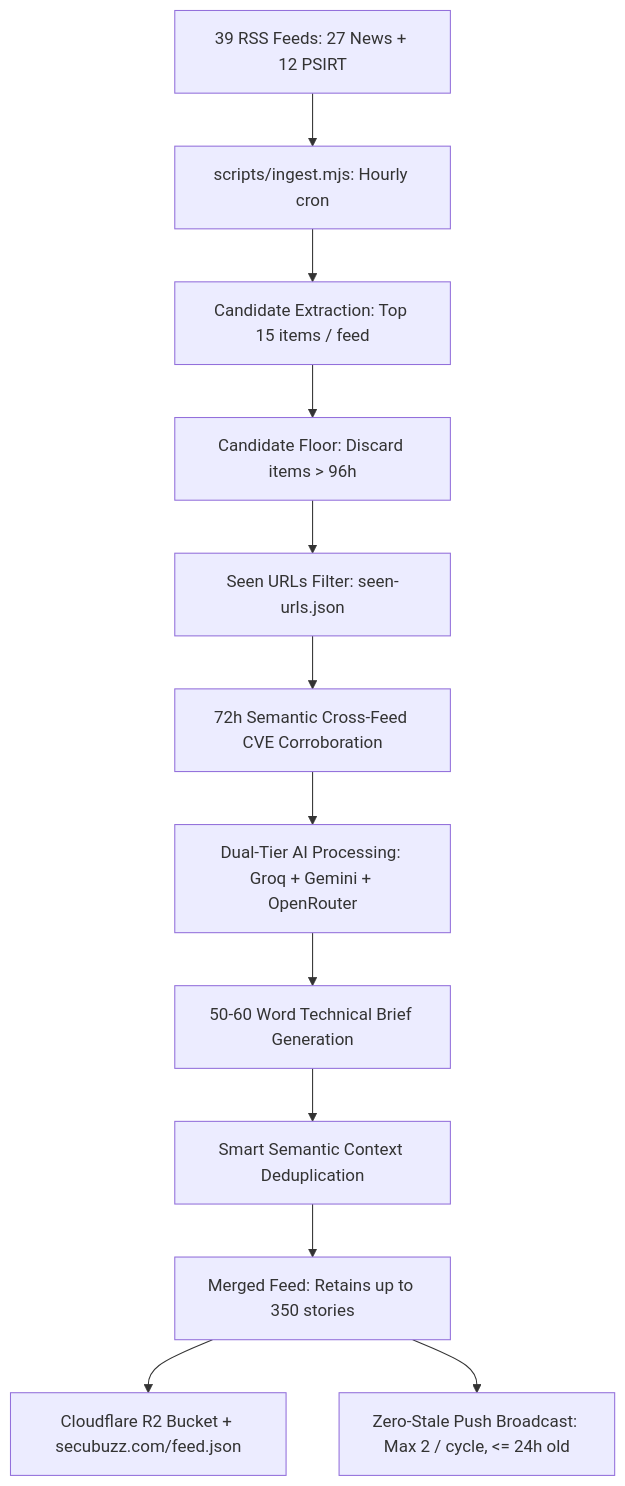
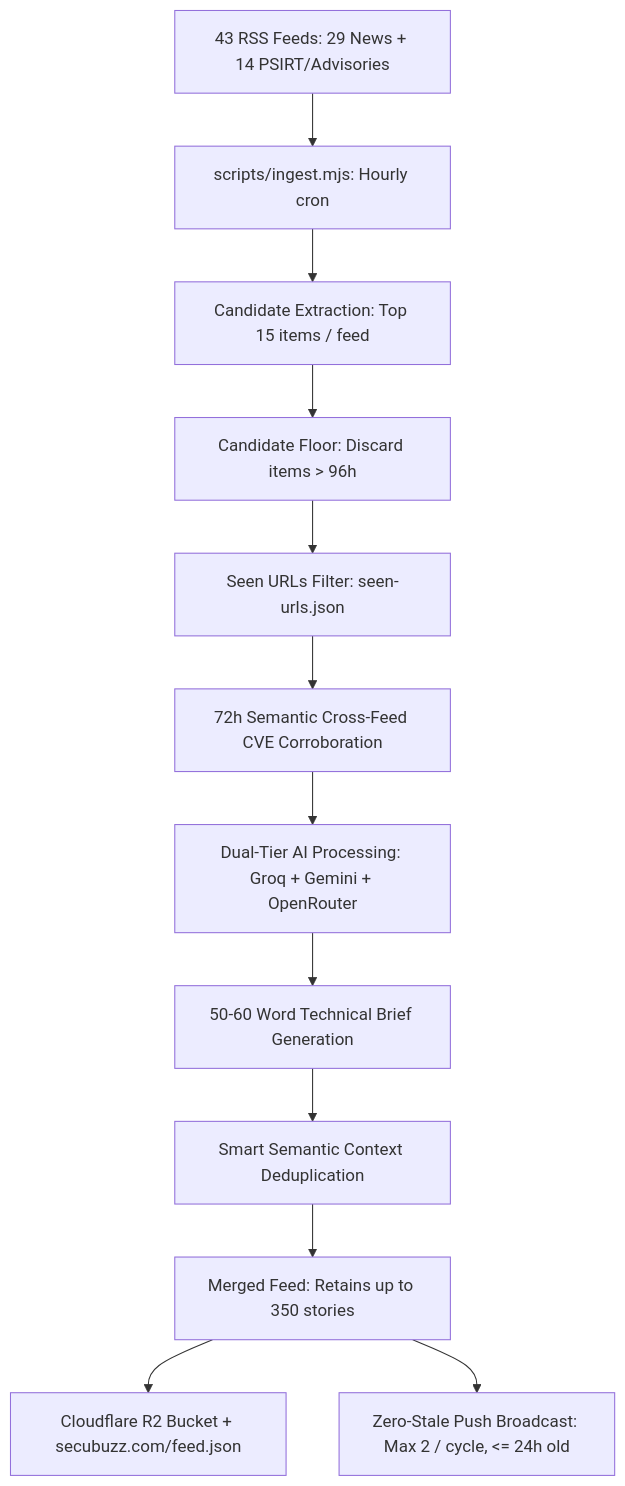
One commit to nisargs/SecuBuzz changed the diagram in docs/FEEDS_AND_SOURCES.md. Above: the diagram before and after it, drawn with Mermaid. The commit also changed other lines of this file and 4 other files, not shown here.

Commit message:
feat(ingest): add Google Project Zero, GreyNoise, ZDI Advisories, and CERT-EU feeds

````diff
--- a/docs/FEEDS_AND_SOURCES.md
+++ b/docs/FEEDS_AND_SOURCES.md
@@ -98,14 +102,14 @@
 ```mermaid
 graph TD
-    A[39 RSS Feeds: 27 News + 12 PSIRT] --> B[scripts/ingest.mjs: Hourly cron]
+    A[43 RSS Feeds: 29 News + 14 PSIRT/Advisories] --> B[scripts/ingest.mjs: Hourly cron]
     B --> C[Candidate Extraction: Top 15 items / feed]
     C --> D[Candidate Floor: Discard items > 96h]
     D --> E[Seen URLs Filter: seen-urls.json]
     E --> F[72h Semantic Cross-Feed CVE Corroboration]
     F --> G[Dual-Tier AI Processing: Groq + Gemini + OpenRouter]
     G --> H[50-60 Word Technical Brief Generation]
     H --> I[Smart Semantic Context Deduplication]
     I --> J[Merged Feed: Retains up to 350 stories]
     J --> K[Cloudflare R2 Bucket + secubuzz.com/feed.json]
     J --> L[Zero-Stale Push Broadcast: Max 2 / cycle, <= 24h old]
 ```
````
